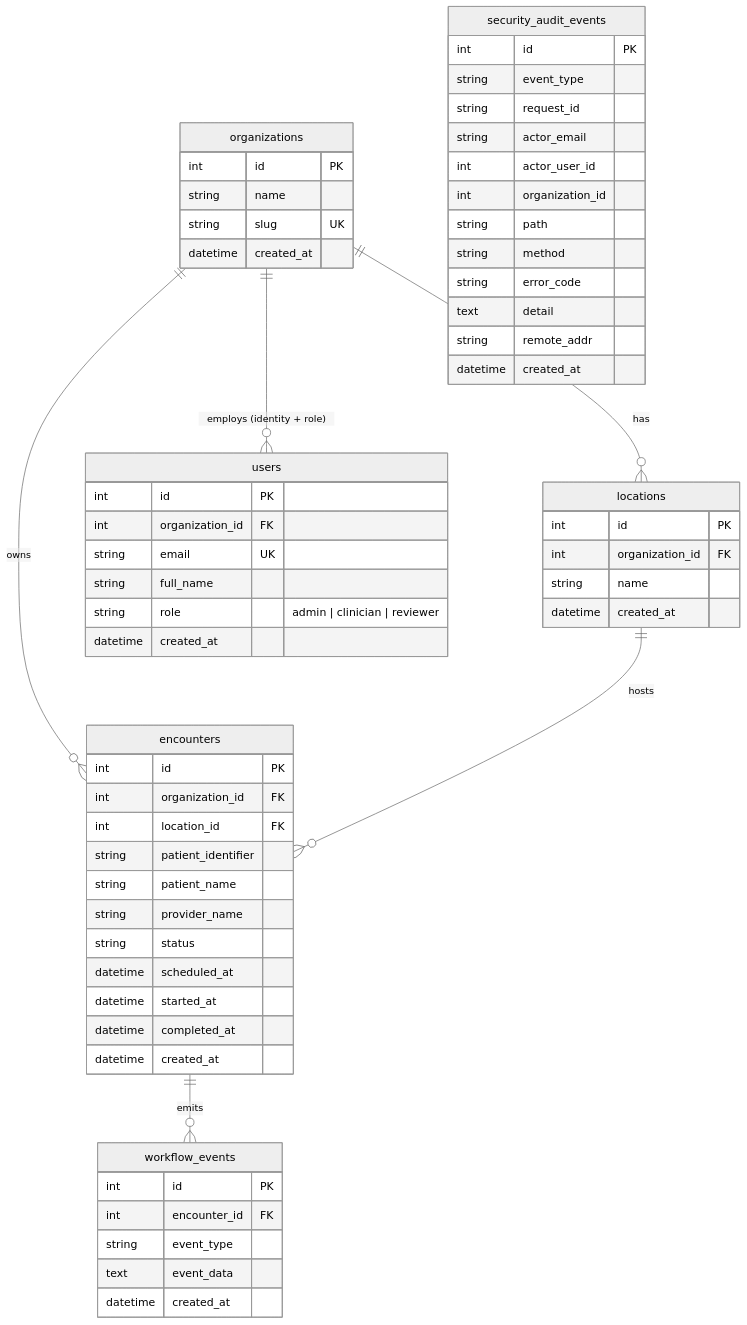
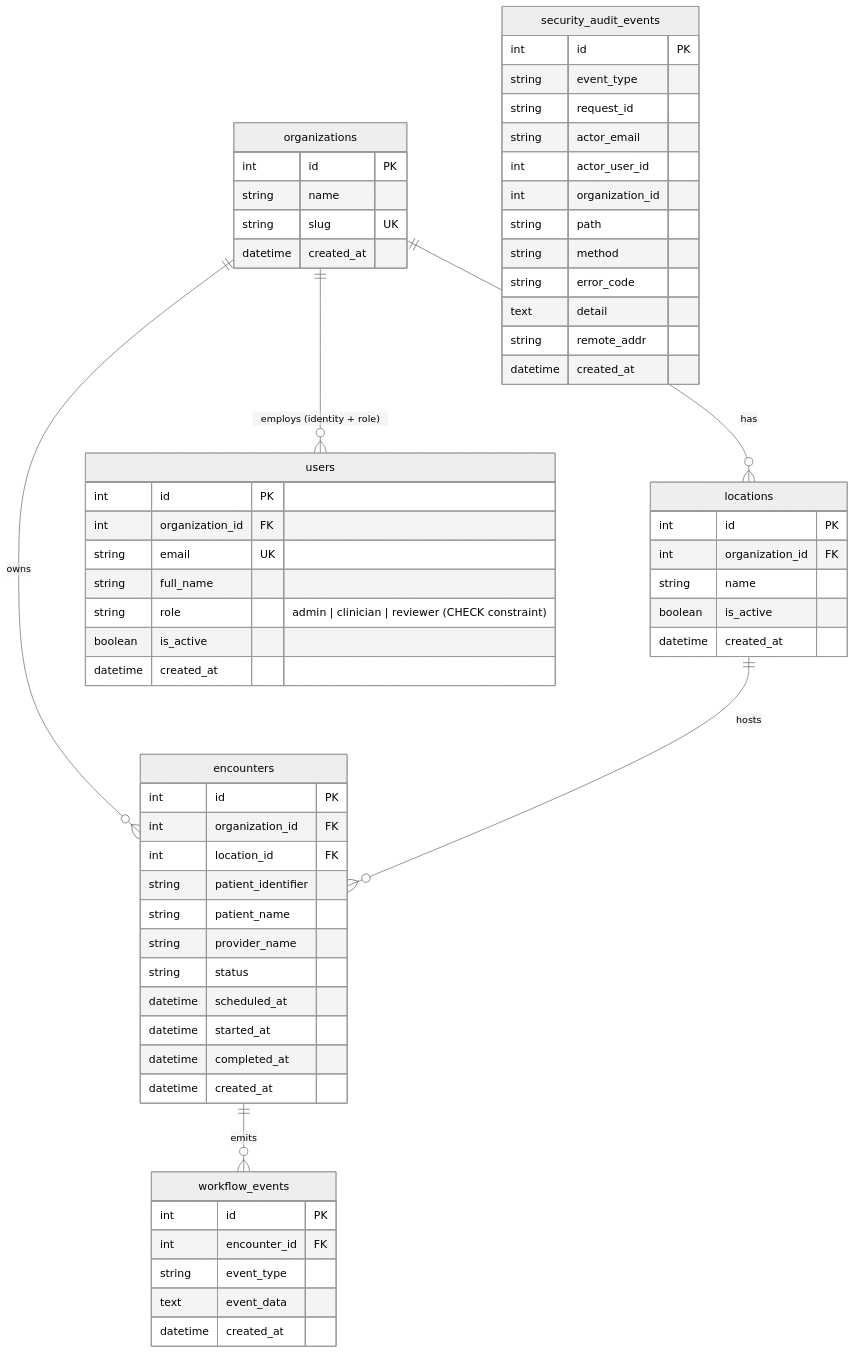
The diagram in docs/diagrams/er-diagram.md (thekidd2227/chartnav-platform), drawn with Mermaid (neutral theme) before and after one commit. The commit also changed 23 other files, not shown here.

````diff
--- a/docs/diagrams/er-diagram.md
+++ b/docs/diagrams/er-diagram.md
@@ -3,64 +3,66 @@
 ```mermaid
 erDiagram
   organizations ||--o{ locations        : "has"
   organizations ||--o{ users            : "employs (identity + role)"
   organizations ||--o{ encounters       : "owns"
   locations     ||--o{ encounters       : "hosts"
   encounters    ||--o{ workflow_events  : "emits"
 
   security_audit_events {
     int id PK
     string event_type
     string request_id
     string actor_email
     int actor_user_id
     int organization_id
     string path
     string method
     string error_code
     text detail
     string remote_addr
     datetime created_at
   }
 
   organizations {
     int id PK
     string name
     string slug UK
     datetime created_at
   }
   locations {
     int id PK
     int organization_id FK
     string name
+    boolean is_active
     datetime created_at
   }
   users {
     int id PK
     int organization_id FK
     string email UK
     string full_name
-    string role "admin | clinician | reviewer"
+    string role "admin | clinician | reviewer (CHECK constraint)"
+    boolean is_active
     datetime created_at
   }
   encounters {
     int id PK
     int organization_id FK
     int location_id FK
     string patient_identifier
     string patient_name
     string provider_name
     string status
     datetime scheduled_at
     datetime started_at
     datetime completed_at
     datetime created_at
   }
   workflow_events {
     int id PK
     int encounter_id FK
     string event_type
     text event_data
     datetime created_at
   }
 ```
````
